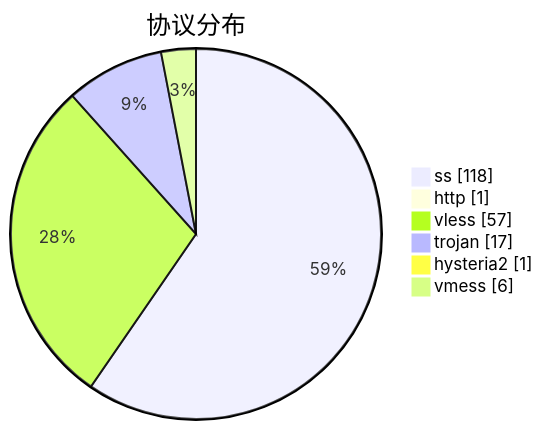
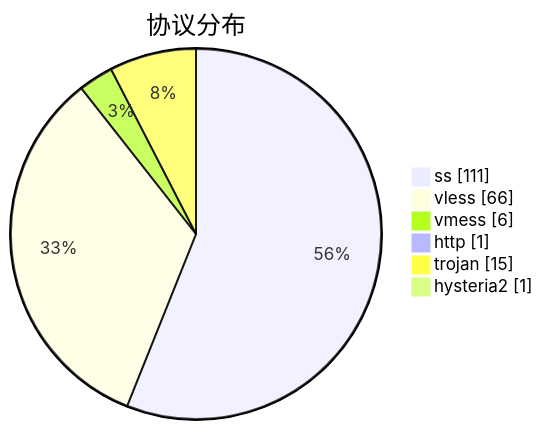
Before and after one commit to qjlxg/airport: the third of 3 diagrams in subs/statistics/tested_within.md, drawn with Mermaid. The commit also changed other lines of this file and 2 other files, not shown here.

````diff
--- a/subs/statistics/tested_within.md
+++ b/subs/statistics/tested_within.md
@@ -28,10 +28,10 @@
 ```mermaid
 pie showData
 title 协议分布
-"ss" : 118
+"ss" : 111
+"vless" : 66
+"vmess" : 6
 "http" : 1
-"vless" : 57
-"trojan" : 17
+"trojan" : 15
 "hysteria2" : 1
-"vmess" : 6
 ```
````
